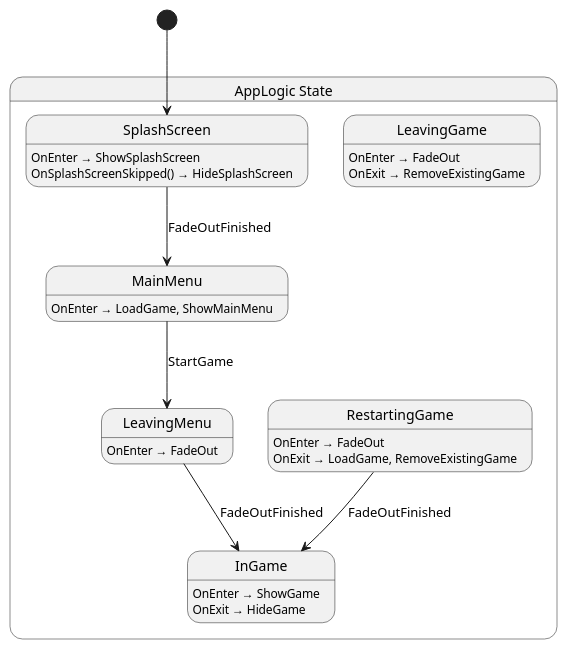
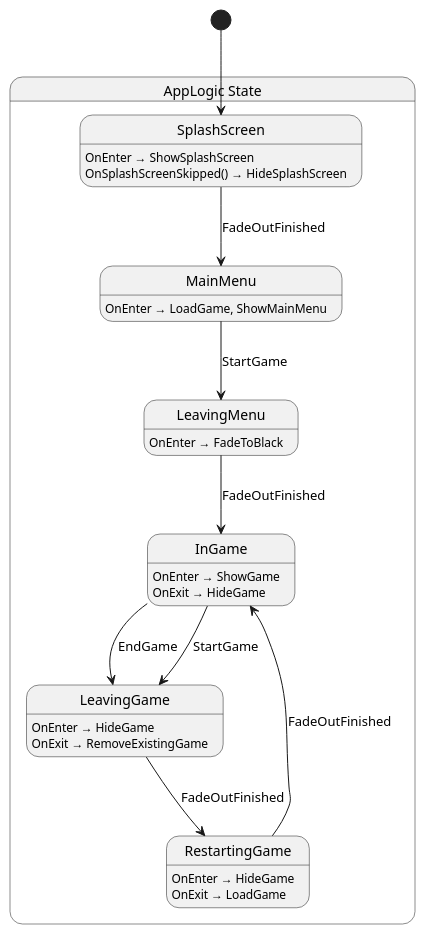
Before and after one commit to chickensoft-games/GameDemo: the diagram in src/app/state/AppLogic.g.puml, drawn with PlantUML. The commit also changed 34 other files, not shown here.

```diff
--- a/src/app/state/AppLogic.g.puml
+++ b/src/app/state/AppLogic.g.puml
@@ -1,33 +1,36 @@
 @startuml AppLogic
 state "AppLogic State" as GameDemo_AppLogic_State {
   state "InGame" as GameDemo_AppLogic_State_InGame {
     GameDemo_AppLogic_State_InGame : OnEnter → ShowGame
     GameDemo_AppLogic_State_InGame : OnExit → HideGame
   }
   state "LeavingGame" as GameDemo_AppLogic_State_LeavingGame {
-    GameDemo_AppLogic_State_LeavingGame : OnEnter → FadeOut
+    GameDemo_AppLogic_State_LeavingGame : OnEnter → HideGame
     GameDemo_AppLogic_State_LeavingGame : OnExit → RemoveExistingGame
   }
   state "LeavingMenu" as GameDemo_AppLogic_State_LeavingMenu {
-    GameDemo_AppLogic_State_LeavingMenu : OnEnter → FadeOut
+    GameDemo_AppLogic_State_LeavingMenu : OnEnter → FadeToBlack
   }
   state "MainMenu" as GameDemo_AppLogic_State_MainMenu {
     GameDemo_AppLogic_State_MainMenu : OnEnter → LoadGame, ShowMainMenu
   }
   state "RestartingGame" as GameDemo_AppLogic_State_RestartingGame {
-    GameDemo_AppLogic_State_RestartingGame : OnEnter → FadeOut
-    GameDemo_AppLogic_State_RestartingGame : OnExit → LoadGame, RemoveExistingGame
+    GameDemo_AppLogic_State_RestartingGame : OnEnter → HideGame
+    GameDemo_AppLogic_State_RestartingGame : OnExit → LoadGame
   }
   state "SplashScreen" as GameDemo_AppLogic_State_SplashScreen {
     GameDemo_AppLogic_State_SplashScreen : OnEnter → ShowSplashScreen
     GameDemo_AppLogic_State_SplashScreen : OnSplashScreenSkipped() → HideSplashScreen
   }
 }
 
+GameDemo_AppLogic_State_InGame --> GameDemo_AppLogic_State_LeavingGame : EndGame
+GameDemo_AppLogic_State_InGame --> GameDemo_AppLogic_State_LeavingGame : StartGame
+GameDemo_AppLogic_State_LeavingGame --> GameDemo_AppLogic_State_RestartingGame : FadeOutFinished
 GameDemo_AppLogic_State_LeavingMenu --> GameDemo_AppLogic_State_InGame : FadeOutFinished
 GameDemo_AppLogic_State_MainMenu --> GameDemo_AppLogic_State_LeavingMenu : StartGame
 GameDemo_AppLogic_State_RestartingGame --> GameDemo_AppLogic_State_InGame : FadeOutFinished
 GameDemo_AppLogic_State_SplashScreen --> GameDemo_AppLogic_State_MainMenu : FadeOutFinished
 
 [*] --> GameDemo_AppLogic_State_SplashScreen
 @enduml
```
